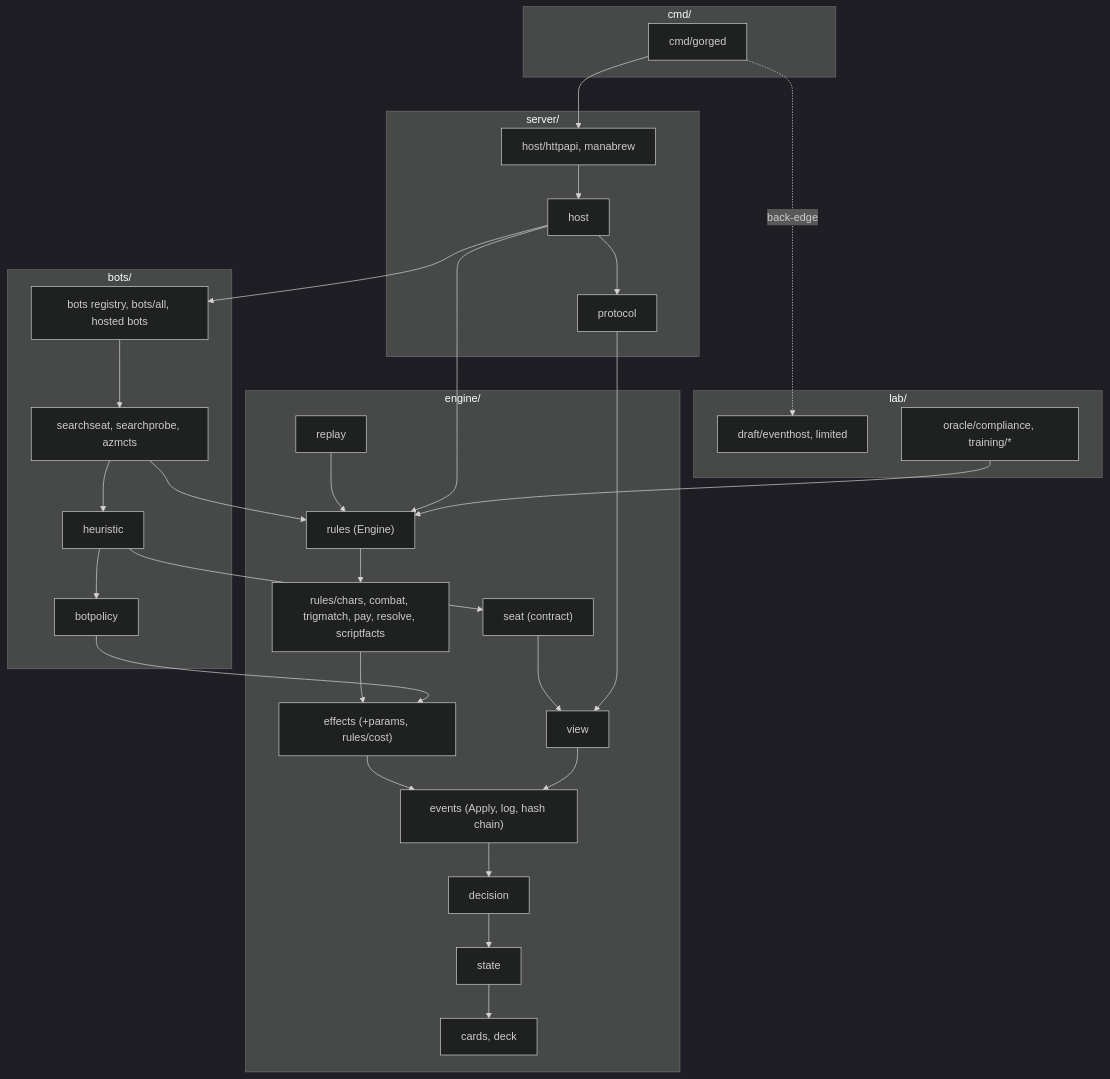
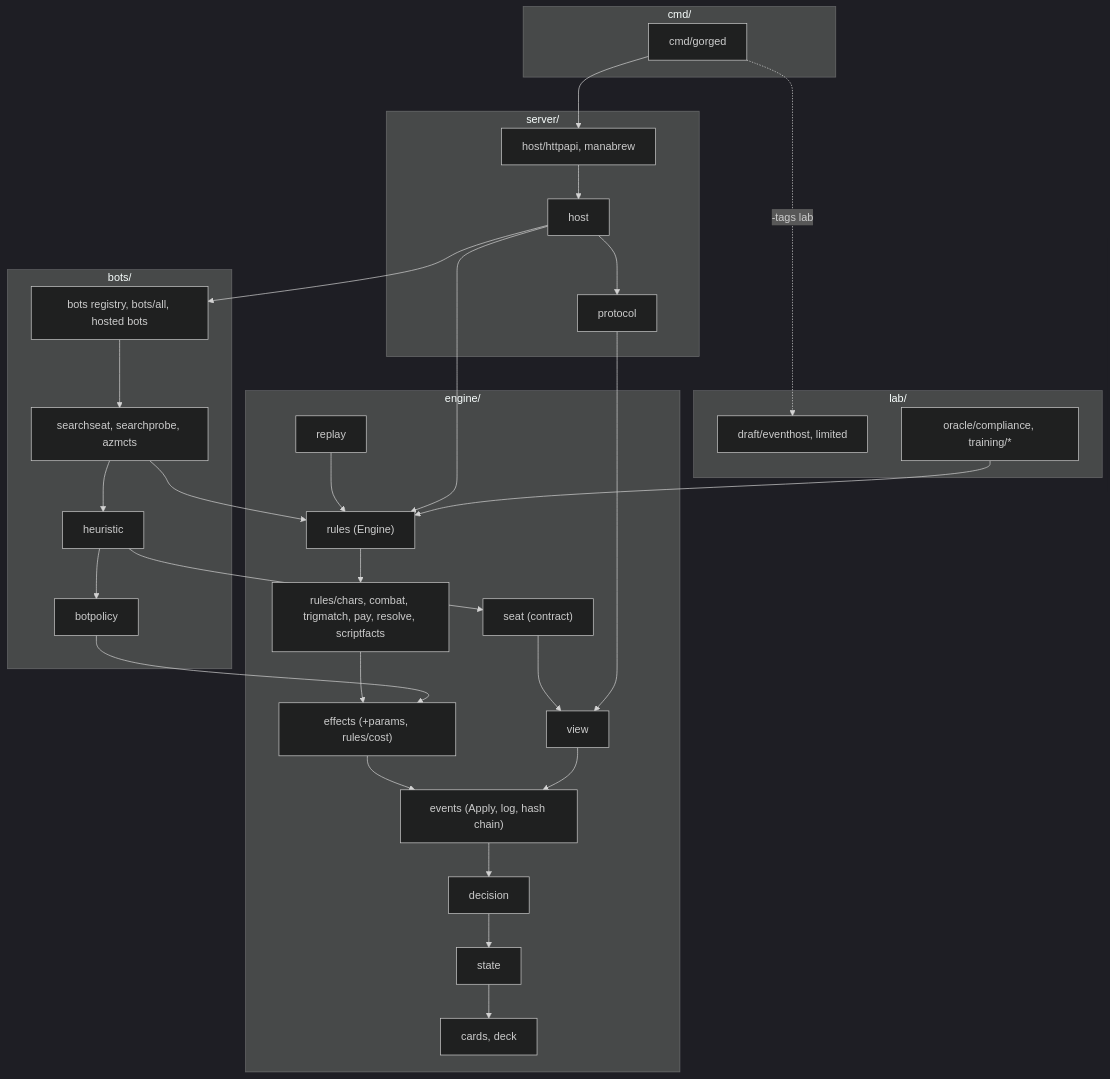
Before and after one commit to WillWroble/gorge: the diagram in docs/site/architecture/overview.md, drawn with Mermaid (dark theme). The commit also changed other lines of this file and 9 other files, not shown here.

````diff
--- a/docs/site/architecture/overview.md
+++ b/docs/site/architecture/overview.md
@@ -43,38 +43,38 @@
 ```mermaid
 flowchart TB
   subgraph E["engine/"]
     cards["cards, deck"]
     state["state"] --> cards
     decision["decision"] --> state
     events["events (Apply, log, hash chain)"] --> decision
     effects["effects (+params, rules/cost)"] --> events
     sub["rules/chars, combat, trigmatch, pay, resolve, scriptfacts"] --> effects
     rules["rules (Engine)"] --> sub
     replay["replay"] --> rules
     view["view"] --> events
     seat["seat (contract)"] --> view
   end
   subgraph B["bots/"]
     botpolicy["botpolicy"] --> effects
     heuristic["heuristic"] --> botpolicy
     heuristic --> seat
     searchseat["searchseat, searchprobe, azmcts"] --> rules
     searchseat --> heuristic
     registry["bots registry, bots/all, hosted bots"] --> searchseat
   end
   subgraph S["server/"]
     protocol["protocol"] --> view
     host["host"] --> rules
     host --> registry
     host --> protocol
     httpapi["host/httpapi, manabrew"] --> host
   end
   subgraph C["cmd/"]
     gorged["cmd/gorged"] --> httpapi
   end
   subgraph L["lab/"]
     draft["draft/eventhost, limited"]
     oracle["oracle/compliance, training/*"] --> rules
   end
-  gorged -. back-edge .-> draft
+  gorged -. "-tags lab" .-> draft
 ```
````
